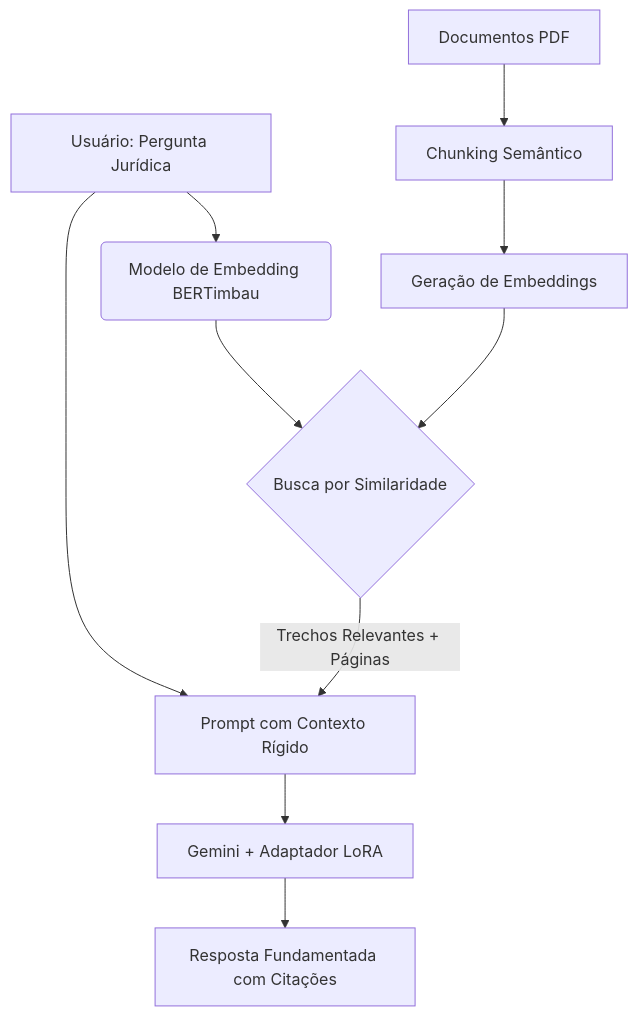
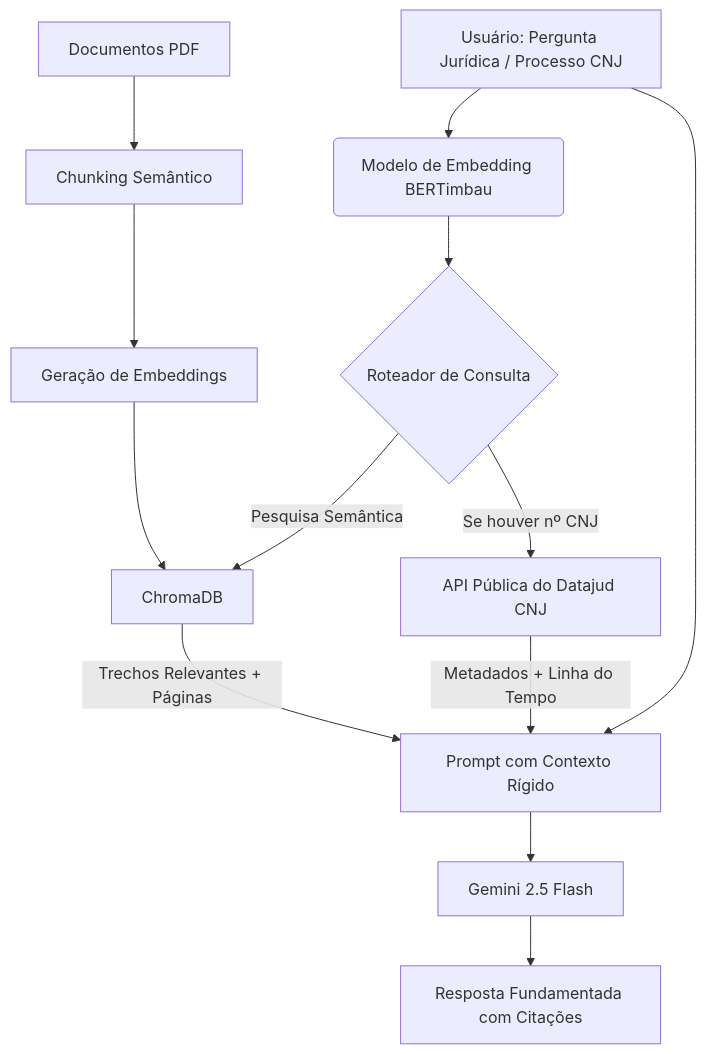
The diagram in README.md (dse-brasil/jequitiba), drawn with Mermaid before and after one commit. The commit also changed other lines of this file and 1 other file, not shown here.

````diff
--- a/README.md
+++ b/README.md
@@ -54,10 +55,13 @@
 ```mermaid
 graph TD
-    A[Usuário: Pergunta Jurídica] --> B(Modelo de Embedding BERTimbau)
-    B --> C{Busca por Similaridade}
-    D[Documentos PDF] --> E[Chunking Semântico] --> F[Geração de Embeddings] --> C
-    C -->|Trechos Relevantes + Páginas| G[Prompt com Contexto Rígido]
-    A --> G
-    G --> H[Gemini + Adaptador LoRA]
-    H --> I[Resposta Fundamentada com Citações]
+    A[Usuário: Pergunta Jurídica / Processo CNJ] --> B(Modelo de Embedding BERTimbau)
+    B --> C{Roteador de Consulta}
+    D[Documentos PDF] --> E[Chunking Semântico] --> F[Geração de Embeddings] --> G[ChromaDB]
+    C -->|Pesquisa Semântica| G
+    C -->|Se houver nº CNJ| H[API Pública do Datajud CNJ]
+    G -->|Trechos Relevantes + Páginas| I[Prompt com Contexto Rígido]
+    H -->|Metadados + Linha do Tempo| I
+    A --> I
+    I --> J[Gemini 2.5 Flash]
+    J --> K[Resposta Fundamentada com Citações]
 ```
````
